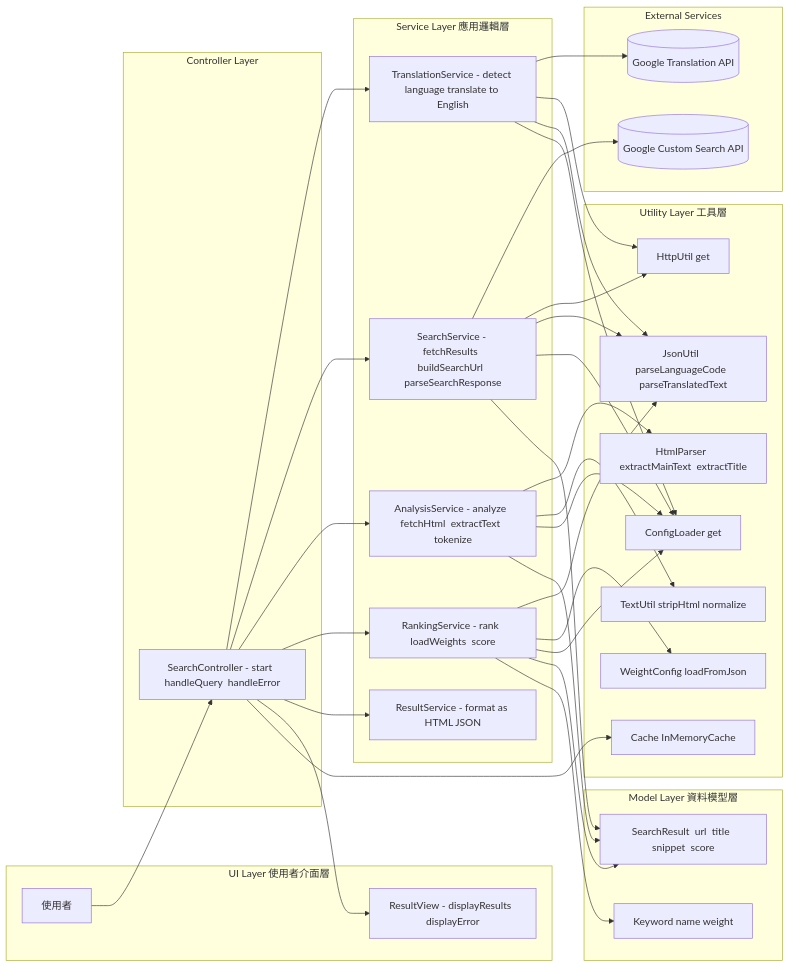
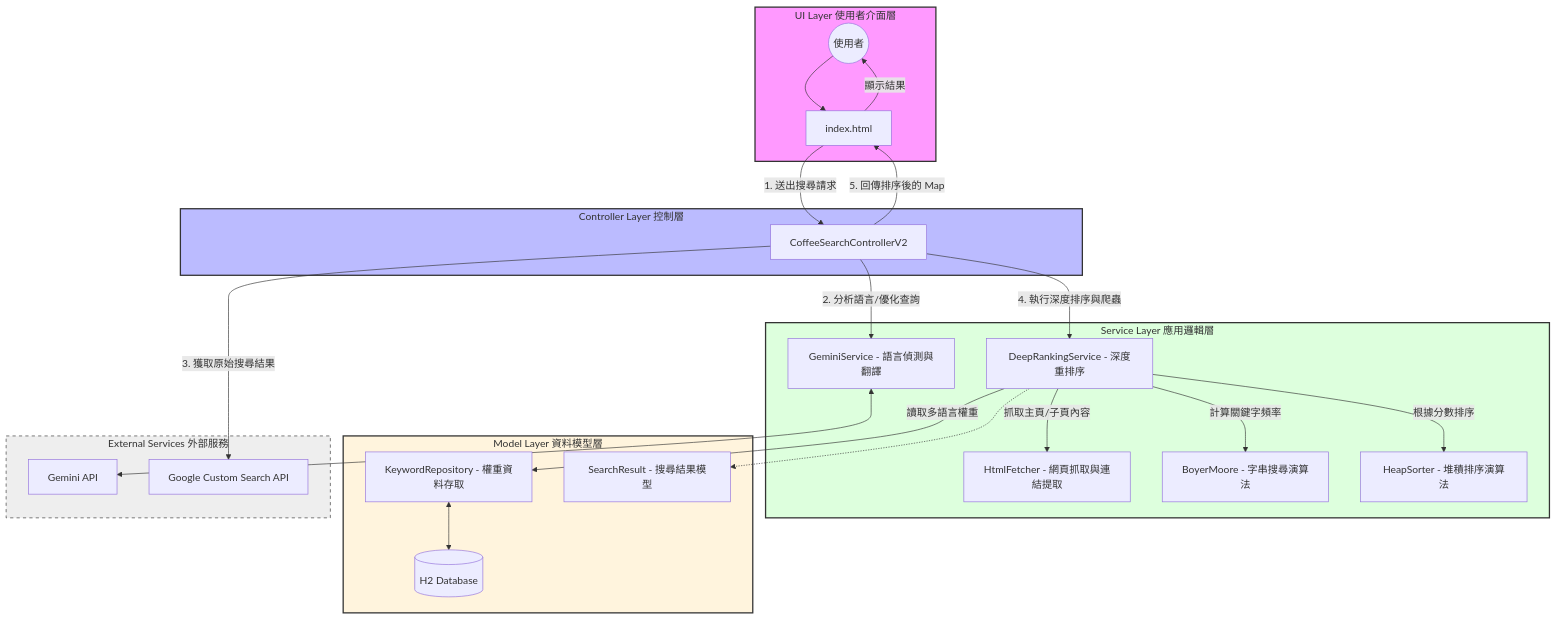
Before and after one commit to ylin08051005/DS_final_project: the first of 5 diagrams in README.md, drawn with Mermaid.

````diff
--- a/README.md
+++ b/README.md
@@ -4,66 +4,63 @@
 ```mermaid
-flowchart LR
-  subgraph UI["UI Layer 使用者介面層"]
-    U[使用者]
-    V[ResultView - displayResults  displayError]
-  end
+flowchart TD
+    %% 使用者介面層
+    subgraph UI_Layer ["UI Layer 使用者介面層"]
+        User((使用者))
+        Index[index.html]
+    end
 
-  subgraph Controller["Controller Layer"]
-    C[SearchController - start  handleQuery  handleError]
-  end
+    %% 控制層
+    subgraph Controller_Layer ["Controller Layer 控制層"]
+        C2[CoffeeSearchControllerV2]
+    end
 
-  subgraph Service["Service Layer 應用邏輯層"]
-    T[TranslationService - detect language translate to English]
-    S[SearchService - fetchResults  buildSearchUrl  parseSearchResponse]
-    A[AnalysisService - analyze  fetchHtml  extractText  tokenize]
-    R[RankingService - rank  loadWeights  score]
-    O[ResultService - format as HTML JSON]
-  end
+    %% 應用邏輯層
+    subgraph Service_Layer ["Service Layer 應用邏輯層"]
+        GS[GeminiService - 語言偵測與翻譯]
+        DRS[DeepRankingService - 深度重排序]
+        HF[HtmlFetcher - 網頁抓取與連結提取]
+        BM[BoyerMoore - 字串搜尋演算法]
+        HS[HeapSorter - 堆積排序演算法]
+    end
 
-  subgraph Model["Model Layer 資料模型層"]
-    M1[Keyword  name  weight]
-    M2[SearchResult  url  title  snippet  score]
-  end
+    %% 工具與資料模型層
+    subgraph Model_Layer ["Model Layer 資料模型層"]
+        KR[KeywordRepository - 權重資料存取]
+        SR[SearchResult - 搜尋結果模型]
+        M_DB[(H2 Database)]
+    end
 
-  subgraph Util["Utility Layer 工具層"]
-    H[HttpUtil  get]
-    J[JsonUtil  parseLanguageCode  parseTranslatedText]
-    X[TextUtil  stripHtml  normalize]
-    P[HtmlParser  extractMainText  extractTitle]
-    W[WeightConfig  loadFromJson]
-    G[ConfigLoader  get]
-    K[Cache  InMemoryCache]
-  end
+    %% 外部服務
+    subgraph External_Services ["External Services 外部服務"]
+        GE_API[Gemini API]
+        GS_API[Google Custom Search API]
+    end
 
-  subgraph External["External Services"]
-    GT[(Google Translation API)]
-    GS[(Google Custom Search API)]
-  end
+    %% 流程連線
+    User --> Index
+    Index -- "1. 送出搜尋請求" --> C2
+    
+    C2 -- "2. 分析語言/優化查詢" --> GS
+    GS <--> GE_API
+    
+    C2 -- "3. 獲取原始搜尋結果" --> GS_API
+    
+    C2 -- "4. 執行深度排序與爬蟲" --> DRS
+    DRS -- "抓取主頁/子頁內容" --> HF
+    DRS -- "計算關鍵字頻率" --> BM
+    DRS -- "根據分數排序" --> HS
+    
+    DRS -- "讀取多語言權重" --> KR
+    KR <--> M_DB
+    
+    DRS -.-> SR
+    C2 -- "5. 回傳排序後的 Map" --> Index
+    Index -- "顯示結果" --> User
 
-  U --> C
-  C --> T --> GT
-  C --> S --> GS
-  C --> A
-  C --> R
-  C --> O
-  C --> V
-
-  T --> H
-  T --> J
-  S --> H
-  S --> J
-  R --> J
-  A --> P
-  A --> X
-  R --> W
-  T --> G
-  S --> G
-  A --> G
-  R --> G
-  C --> K
-
-  S --> M2
-  A --> M2
-  R --> M2
-  R --> M1
+    %% 樣式設定
+    style UI_Layer fill:#f9f,stroke:#333,stroke-width:2px
+    style Controller_Layer fill:#bbf,stroke:#333,stroke-width:2px
+    style Service_Layer fill:#dfd,stroke:#333,stroke-width:2px
+    style Model_Layer fill:#fff4dd,stroke:#333,stroke-width:2px
+    style External_Services fill:#eee,stroke:#333,stroke-dasharray: 5 5
 ```
````
